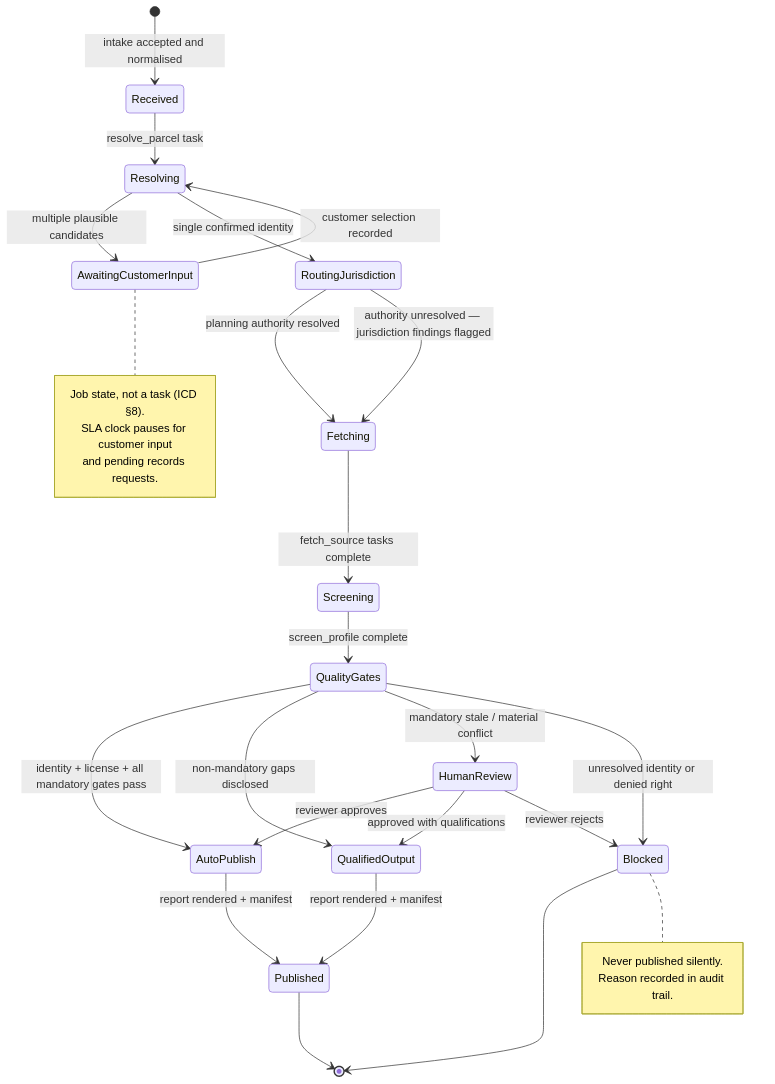
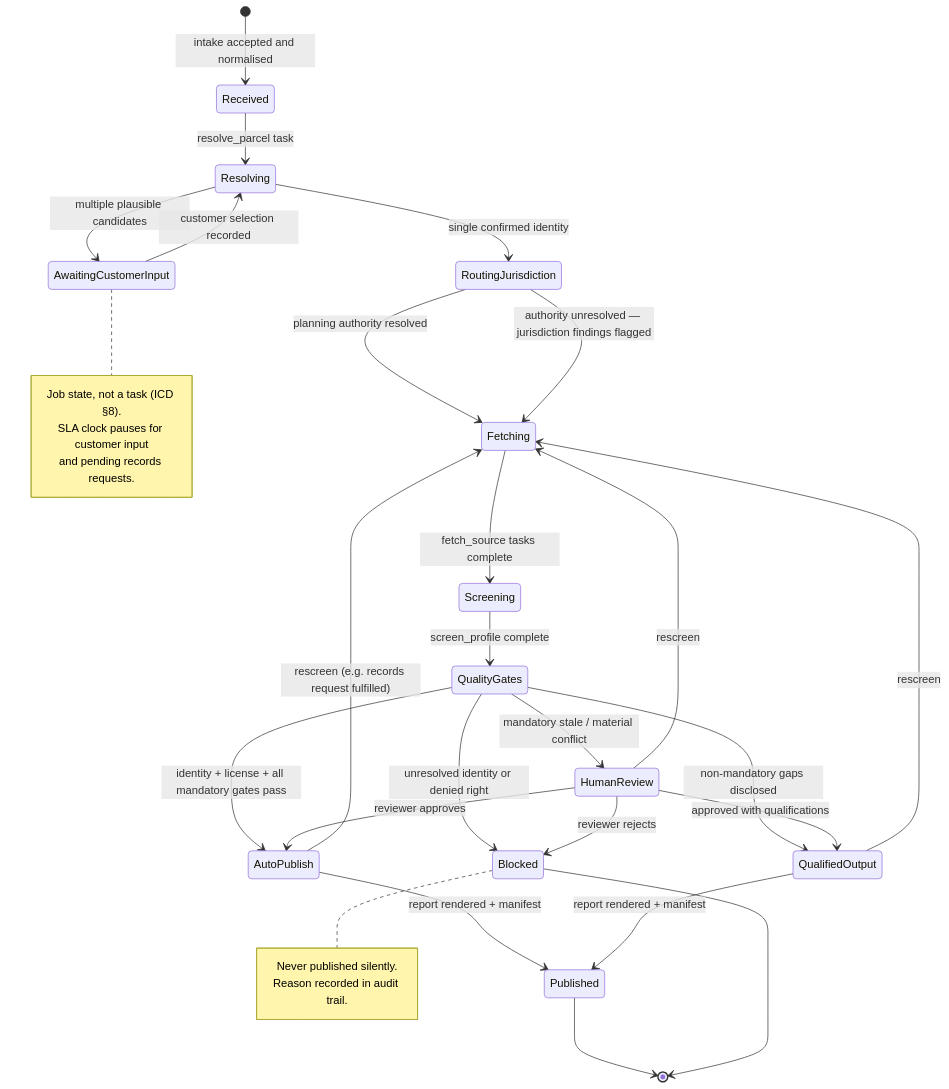
The diagram in docs/diagrams/job-lifecycle.mmd (CharlieSierra2021/GIS), drawn with Mermaid before and after one commit. The commit also changed 24 other files, not shown here.

```diff
--- a/docs/diagrams/job-lifecycle.mmd
+++ b/docs/diagrams/job-lifecycle.mmd
@@ -1,39 +1,43 @@
 %% Job lifecycle state machine (SRS REQ-INT-04, REQ-RES-03, REQ-QG-02; ICD §15)
 stateDiagram-v2
     [*] --> Received : intake accepted and normalised
     Received --> Resolving : resolve_parcel task
 
     Resolving --> AwaitingCustomerInput : multiple plausible candidates
     AwaitingCustomerInput --> Resolving : customer selection recorded
     Resolving --> RoutingJurisdiction : single confirmed identity
 
     RoutingJurisdiction --> Fetching : planning authority resolved
     RoutingJurisdiction --> Fetching : authority unresolved — jurisdiction findings flagged
 
     Fetching --> Screening : fetch_source tasks complete
     Screening --> QualityGates : screen_profile complete
 
     QualityGates --> AutoPublish : identity + license + all mandatory gates pass
     QualityGates --> QualifiedOutput : non-mandatory gaps disclosed
     QualityGates --> HumanReview : mandatory stale / material conflict
     QualityGates --> Blocked : unresolved identity or denied right
 
     HumanReview --> AutoPublish : reviewer approves
     HumanReview --> QualifiedOutput : approved with qualifications
     HumanReview --> Blocked : reviewer rejects
 
+    AutoPublish --> Fetching : rescreen (e.g. records request fulfilled)
+    QualifiedOutput --> Fetching : rescreen
+    HumanReview --> Fetching : rescreen
+
     AutoPublish --> Published : report rendered + manifest
     QualifiedOutput --> Published : report rendered + manifest
     Published --> [*]
     Blocked --> [*]
 
     note right of AwaitingCustomerInput
         Job state, not a task (ICD §8).
         SLA clock pauses for customer input
         and pending records requests.
     end note
 
     note right of Blocked
         Never published silently.
         Reason recorded in audit trail.
     end note
```
